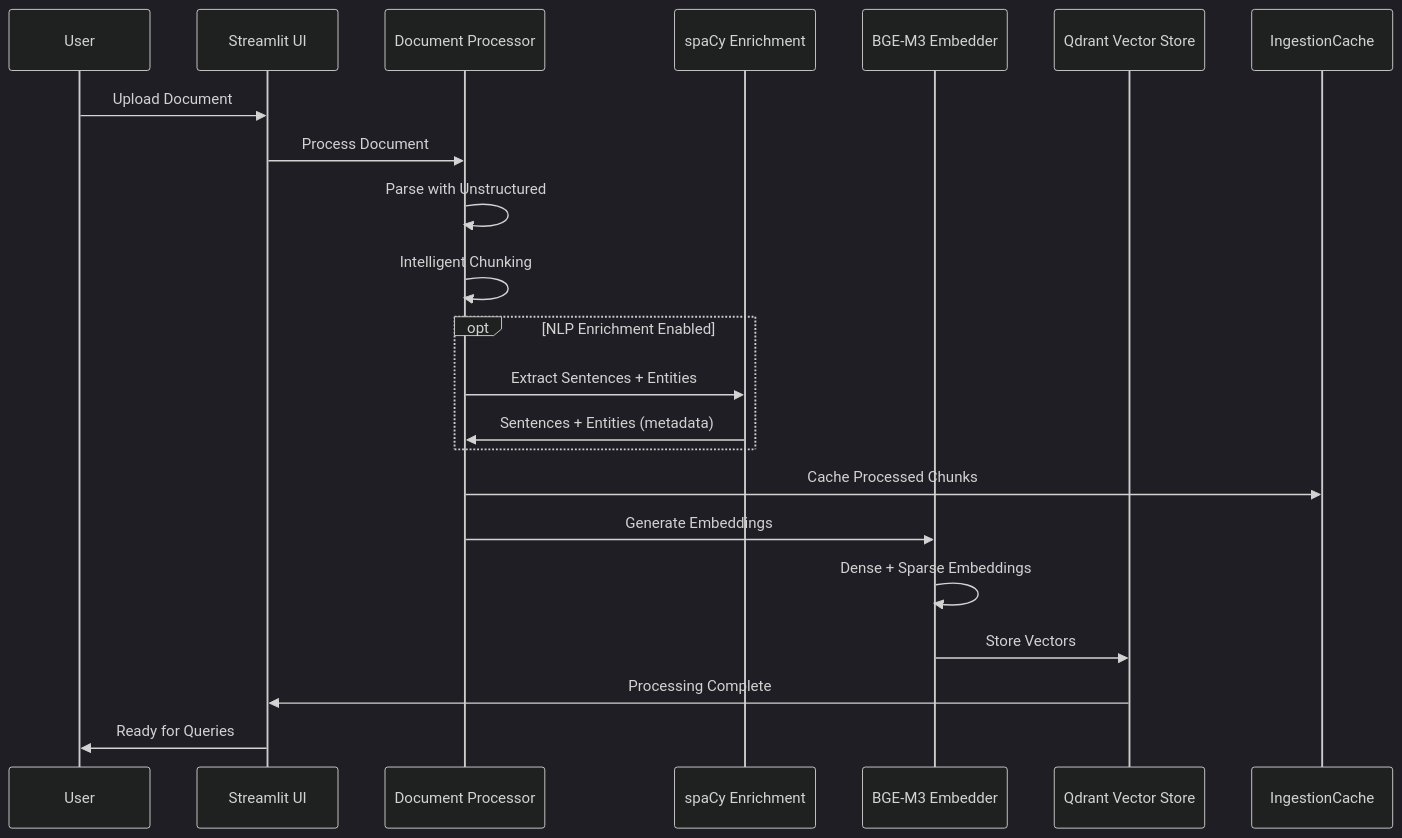
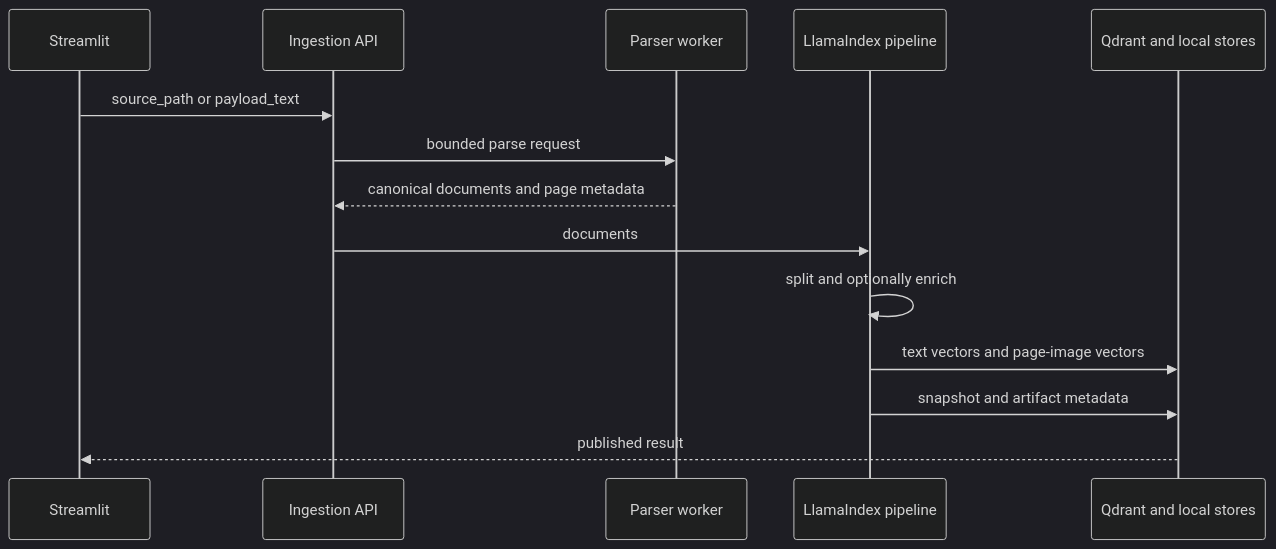
Before and after one commit to BjornMelin/docmind-ai-llm: the first of 2 diagrams in docs/developers/system-architecture.md, drawn with Mermaid (dark theme). The commit also changed other lines of this file and 284 other files, not shown here.

First line of the commit message:
feat(parser)!: complete local-first v1 modernization

````diff
--- a/docs/developers/system-architecture.md
+++ b/docs/developers/system-architecture.md
@@ -437,28 +51,17 @@
 ```mermaid
 sequenceDiagram
-    participant U as User
-    participant UI as Streamlit UI
-    participant DP as Document Processor
-    participant NLP as spaCy Enrichment
-    participant EMB as BGE-M3 Embedder
-    participant VS as Qdrant Vector Store
-    participant CACHE as IngestionCache
+    participant UI as Streamlit
+    participant API as Ingestion API
+    participant Parser as Parser worker
+    participant Pipeline as LlamaIndex pipeline
+    participant Store as Qdrant and local stores
 
-    U->>UI: Upload Document
-    UI->>DP: Process Document
-
-    DP->>DP: Parse with Unstructured
-    DP->>DP: Intelligent Chunking
-    opt NLP Enrichment Enabled
-        DP->>NLP: Extract Sentences + Entities
-        NLP->>DP: Sentences + Entities (metadata)
-    end
-    DP->>CACHE: Cache Processed Chunks
-
-    DP->>EMB: Generate Embeddings
-    EMB->>EMB: Dense + Sparse Embeddings
-    EMB->>VS: Store Vectors
-
-    VS->>UI: Processing Complete
-    UI->>U: Ready for Queries
+    UI->>API: source_path or payload_text
+    API->>Parser: bounded parse request
+    Parser-->>API: canonical documents and page metadata
+    API->>Pipeline: documents
+    Pipeline->>Pipeline: split and optionally enrich
+    Pipeline->>Store: text vectors and page-image vectors
+    Pipeline->>Store: snapshot and artifact metadata
+    Store-->>UI: published result
 ```
````
